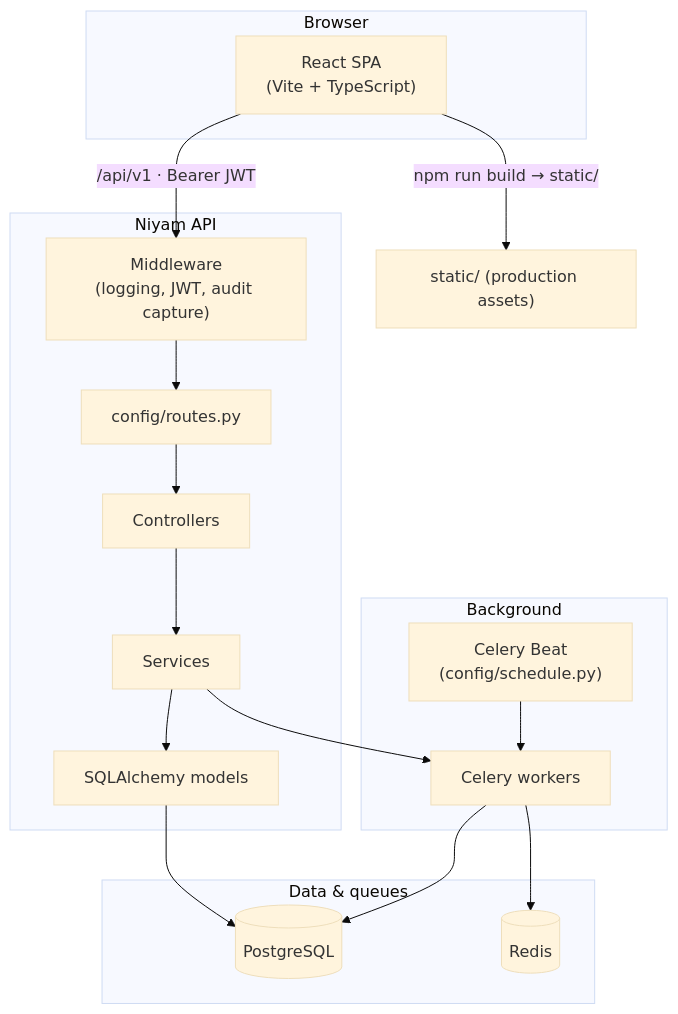
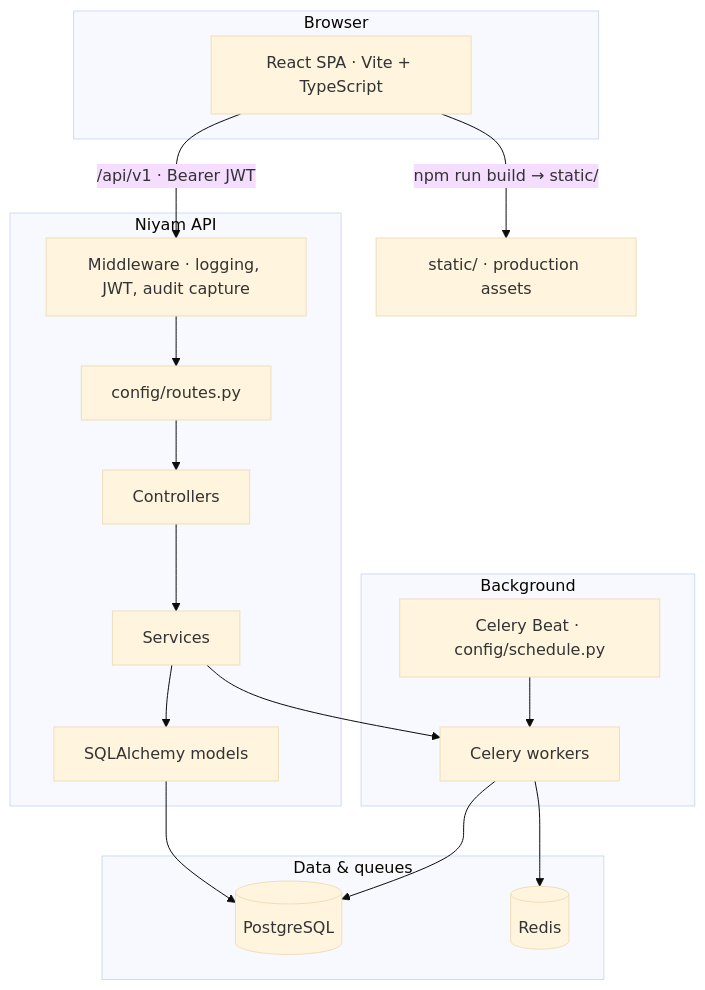
The diagram in README.md (ansh26748ar/Niyam), drawn with Mermaid (base theme) before and after one commit. The commit also changed other lines of this file, not shown here.

````diff
--- a/README.md
+++ b/README.md
@@ -76,31 +163,31 @@
 ```mermaid
 flowchart TB
   subgraph Browser["Browser"]
-    SPA["React SPA\n(Vite + TypeScript)"]
+    SPA["React SPA · Vite + TypeScript"]
   end
 
   subgraph API["Niyam API"]
-    MW["Middleware\n(logging, JWT, audit capture)"]
+    MW["Middleware · logging, JWT, audit capture"]
     R["config/routes.py"]
     CTRL["Controllers"]
     SVC["Services"]
     ORM["SQLAlchemy models"]
   end
 
   subgraph Async["Background"]
     W["Celery workers"]
-    B["Celery Beat\n(config/schedule.py)"]
+    B["Celery Beat · config/schedule.py"]
   end
 
   subgraph Stores["Data & queues"]
     PG[("PostgreSQL")]
     RD[("Redis")]
   end
 
   SPA -->|"/api/v1 · Bearer JWT"| MW --> R --> CTRL --> SVC --> ORM --> PG
   SVC --> W
   B --> W
   W --> RD
   W --> PG
-  SPA -->|"npm run build → static/"| CDN["static/ (production assets)"]
+  SPA -->|"npm run build → static/"| CDN["static/ · production assets"]
 ```
````
